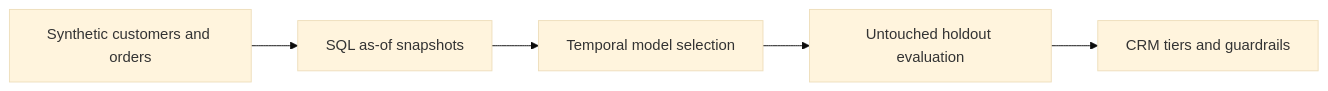
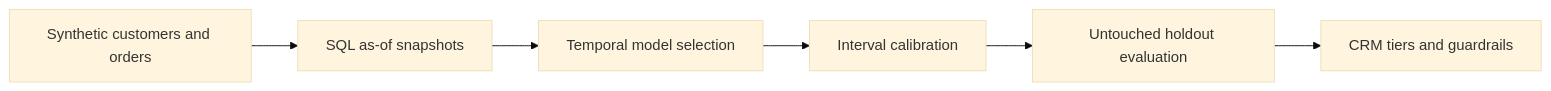
One commit to parisaMSTFV/customer-lifetime-value-decision-system changed the diagram in README.md. Above: the diagram before and after it, drawn with Mermaid (base theme). The commit also changed other lines of this file and 26 other files, not shown here.

````diff
--- a/README.md
+++ b/README.md
@@ -47,7 +48,8 @@
 ```mermaid
 flowchart LR
     A["Synthetic customers and orders"] --> B["SQL as-of snapshots"]
     B --> C["Temporal model selection"]
-    C --> D["Untouched holdout evaluation"]
-    D --> E["CRM tiers and guardrails"]
+    C --> D["Interval calibration"]
+    D --> E["Untouched holdout evaluation"]
+    E --> F["CRM tiers and guardrails"]
 ```
````
